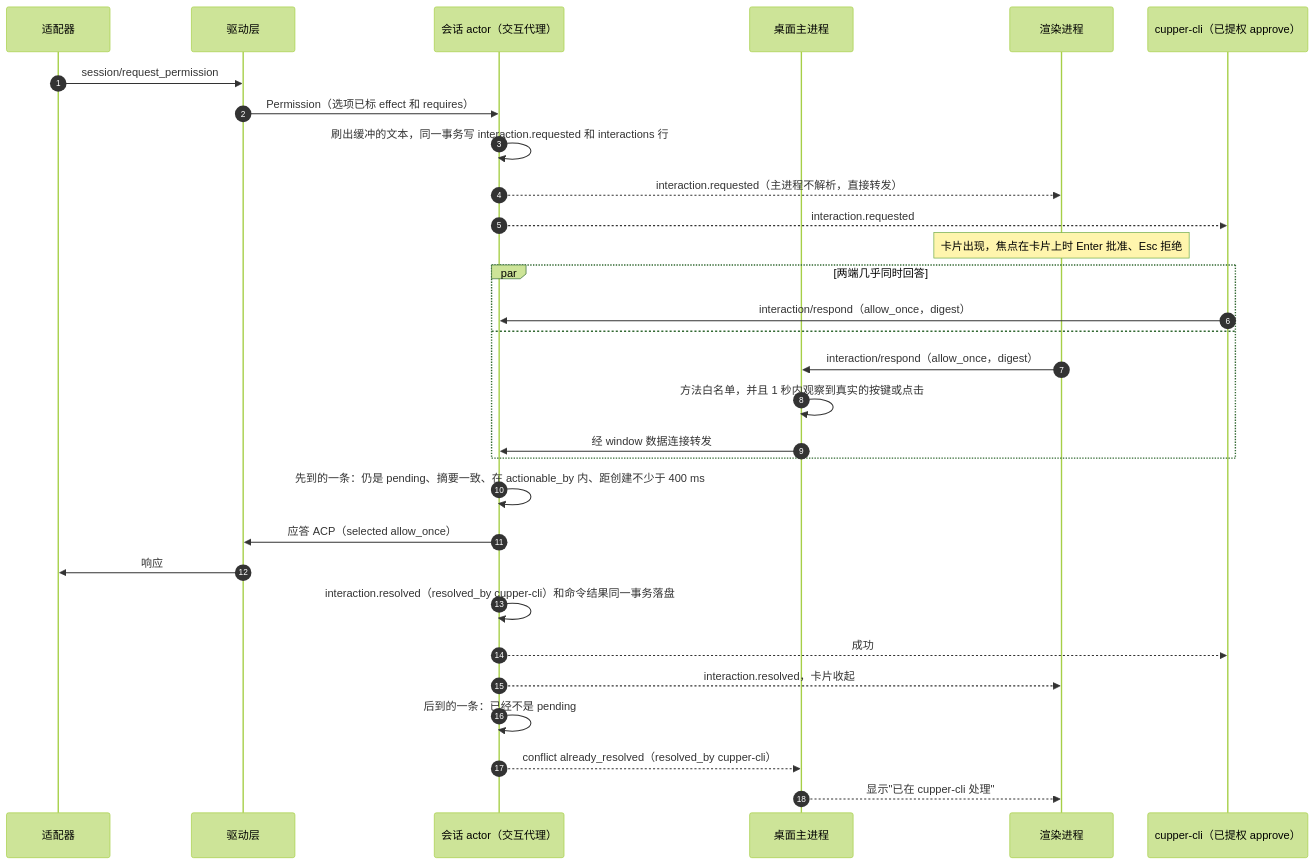
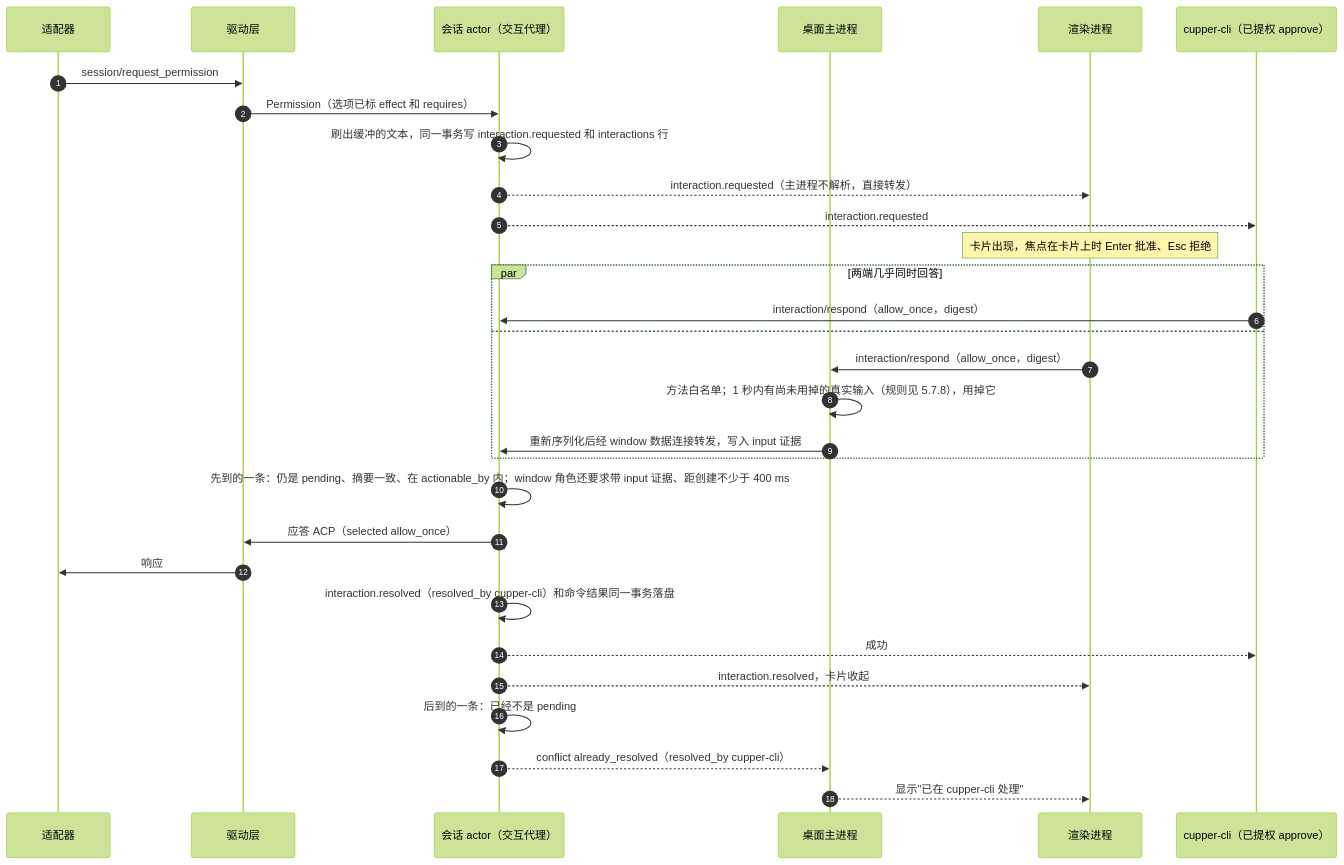
Before and after one commit to boris-w/cupper: the fourth of 11 diagrams in docs/design/05-flows.md, drawn with Mermaid (forest theme). The commit also changed other lines of this file and 4 other files, not shown here.

````diff
--- a/docs/design/05-flows.md
+++ b/docs/design/05-flows.md
@@ -144,32 +144,32 @@
 ```mermaid
 sequenceDiagram
   autonumber
   participant AD as 适配器
   participant A as 驱动层
   participant S as 会话 actor（交互代理）
   participant M as 桌面主进程
   participant R as 渲染进程
   participant C as cupper-cli（已提权 approve）
   AD->>A: session/request_permission
   A->>S: Permission（选项已标 effect 和 requires）
   S->>S: 刷出缓冲的文本，同一事务写 interaction.requested 和 interactions 行
   S-->>R: interaction.requested（主进程不解析，直接转发）
   S-->>C: interaction.requested
   Note over R: 卡片出现，焦点在卡片上时 Enter 批准、Esc 拒绝
   par 两端几乎同时回答
     C->>S: interaction/respond（allow_once，digest）
   and
     R->>M: interaction/respond（allow_once，digest）
-    M->>M: 方法白名单，并且 1 秒内观察到真实的按键或点击
-    M->>S: 经 window 数据连接转发
+    M->>M: 方法白名单；1 秒内有尚未用掉的真实输入（规则见 5.7.8），用掉它
+    M->>S: 重新序列化后经 window 数据连接转发，写入 input 证据
   end
-  S->>S: 先到的一条：仍是 pending、摘要一致、在 actionable_by 内、距创建不少于 400 ms
+  S->>S: 先到的一条：仍是 pending、摘要一致、在 actionable_by 内；window 角色还要求带 input 证据、距创建不少于 400 ms
   S->>A: 应答 ACP（selected allow_once）
   A->>AD: 响应
   S->>S: interaction.resolved（resolved_by cupper-cli）和命令结果同一事务落盘
   S-->>C: 成功
   S-->>R: interaction.resolved，卡片收起
   S->>S: 后到的一条：已经不是 pending
   S-->>M: conflict already_resolved（resolved_by cupper-cli）
   M-->>R: 显示"已在 cupper-cli 处理"
 ```
````
